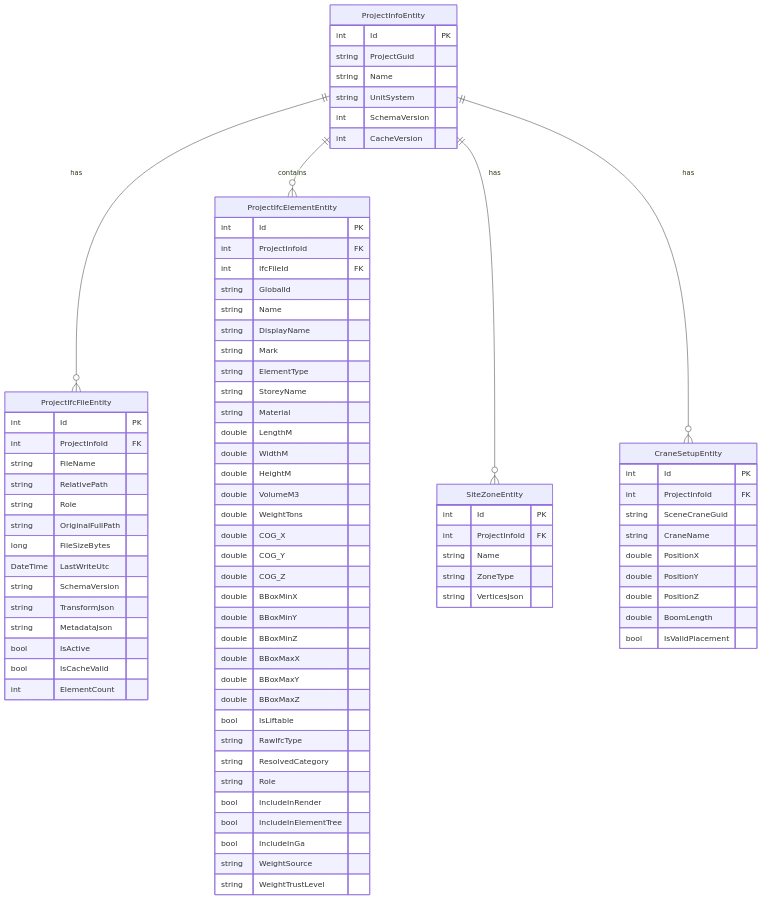
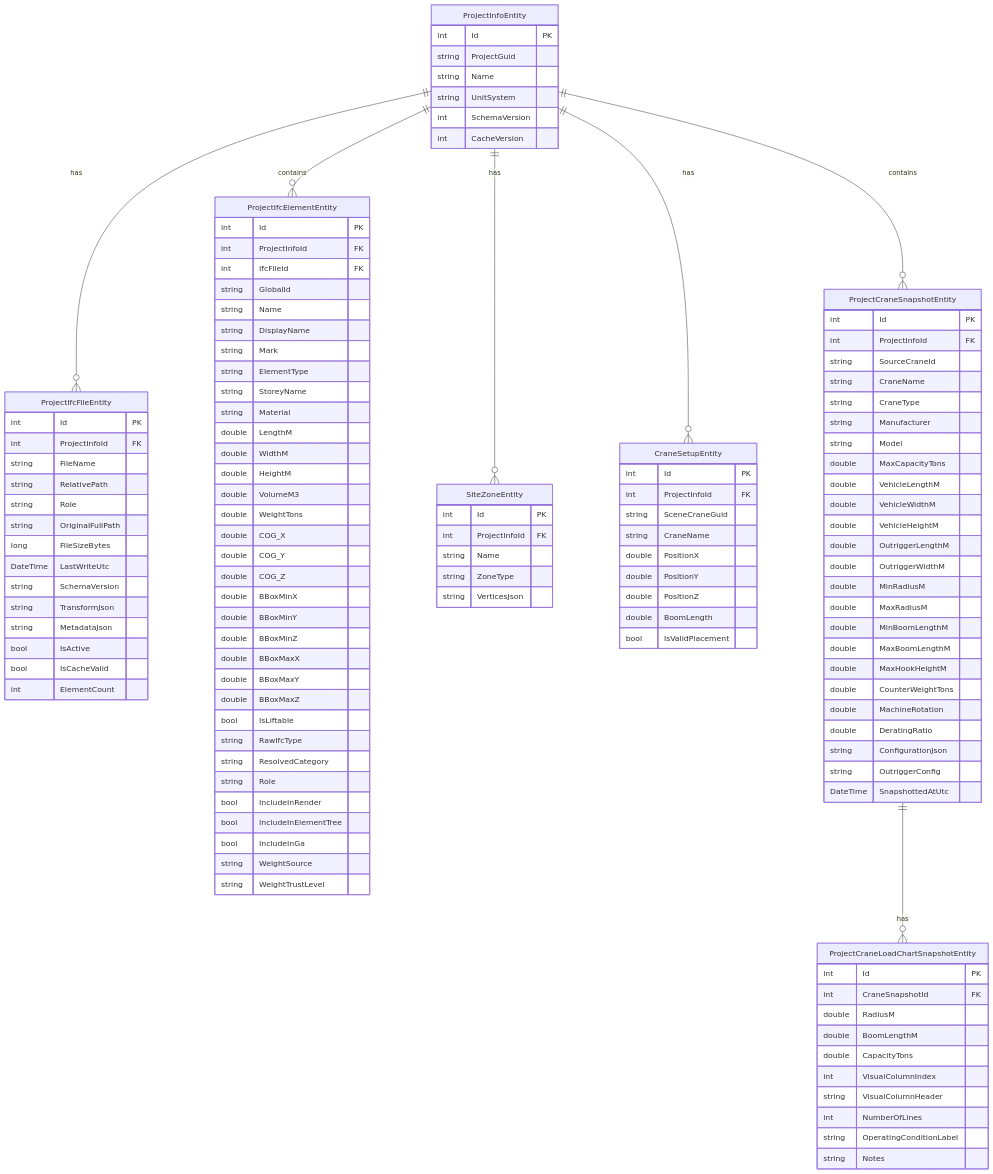
The second of 2 diagrams in docs/architecture/database.md (ITI-intake46/CranePathOptimizer), drawn with Mermaid before and after one commit. The commit also changed other lines of this file and 5 other files, not shown here.

````diff
--- a/docs/architecture/database.md
+++ b/docs/architecture/database.md
@@ -76,6 +80,8 @@
     ProjectInfoEntity ||--o{ ProjectIfcElementEntity : contains
     ProjectInfoEntity ||--o{ SiteZoneEntity : has
     ProjectInfoEntity ||--o{ CraneSetupEntity : has
+    ProjectInfoEntity ||--o{ ProjectCraneSnapshotEntity : contains
+    ProjectCraneSnapshotEntity ||--o{ ProjectCraneLoadChartSnapshotEntity : has
 
     ProjectInfoEntity {
         int Id PK
@@ -154,4 +160,42 @@
         double BoomLength
         bool IsValidPlacement
     }
+    ProjectCraneSnapshotEntity {
+        int Id PK
+        int ProjectInfoId FK
+        string SourceCraneId
+        string CraneName
+        string CraneType
+        string Manufacturer
+        string Model
+        double MaxCapacityTons
+        double VehicleLengthM
+        double VehicleWidthM
+        double VehicleHeightM
+        double OutriggerLengthM
+        double OutriggerWidthM
+        double MinRadiusM
+        double MaxRadiusM
+        double MinBoomLengthM
+        double MaxBoomLengthM
+        double MaxHookHeightM
+        double CounterWeightTons
+        double MachineRotation
+        double DeratingRatio
+        string ConfigurationJson
+        string OutriggerConfig
+        DateTime SnapshottedAtUtc
+    }
+    ProjectCraneLoadChartSnapshotEntity {
+        int Id PK
+        int CraneSnapshotId FK
+        double RadiusM
+        double BoomLengthM
+        double CapacityTons
+        int VisualColumnIndex
+        string VisualColumnHeader
+        int NumberOfLines
+        string OperatingConditionLabel
+        string Notes
+    }
 ```
````
